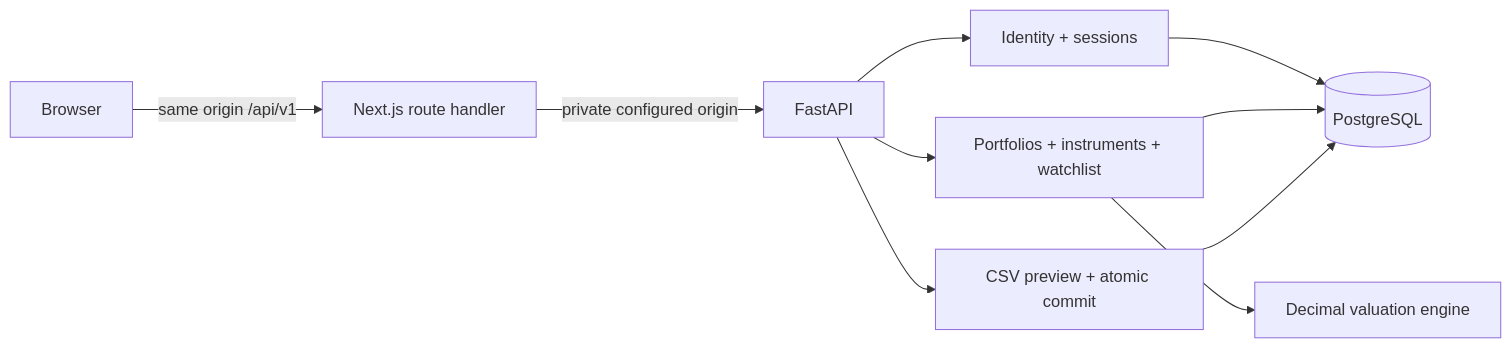
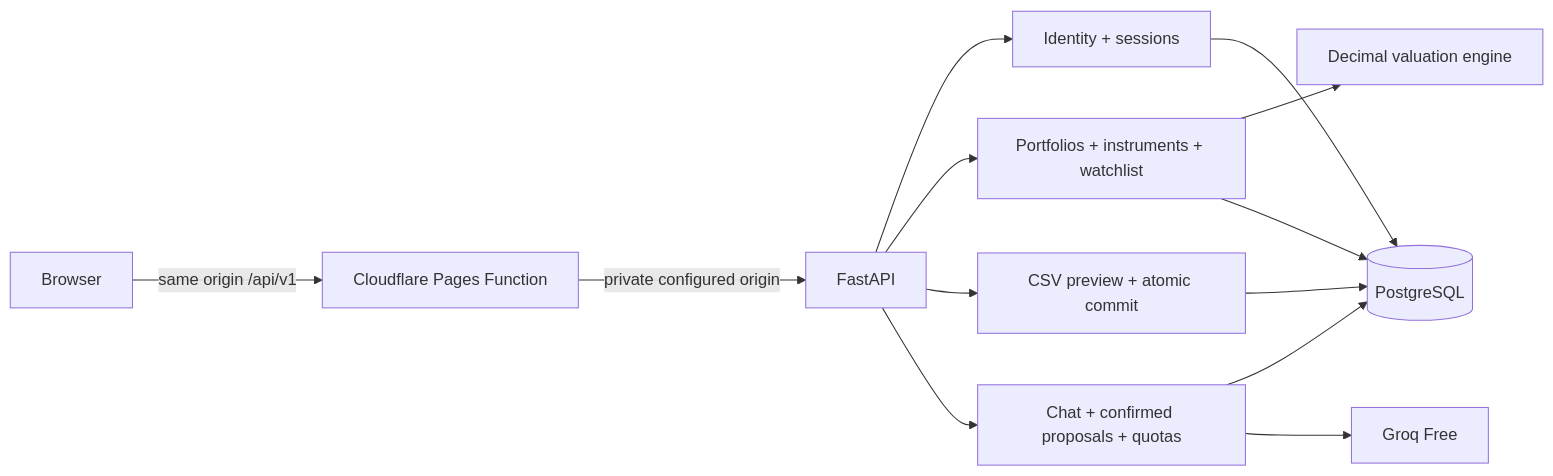
The diagram in docs/architecture.md (ericsocrat/Lokifi), drawn with Mermaid before and after one commit. The commit also changed other lines of this file and 5 other files, not shown here.

````diff
--- a/docs/architecture.md
+++ b/docs/architecture.md
@@ -5,12 +5,15 @@
 ```mermaid
 flowchart LR
- browser[Browser] -->|same origin /api/v1| web[Next.js route handler]
+ browser[Browser] -->|same origin /api/v1| web[Cloudflare Pages Function]
  web -->|private configured origin| api[FastAPI]
  api --> identity[Identity + sessions]
  api --> portfolios[Portfolios + instruments + watchlist]
  api --> imports[CSV preview + atomic commit]
  portfolios --> values[Decimal valuation engine]
  identity --> pg[(PostgreSQL)]
  portfolios --> pg
  imports --> pg
+ api --> chat[Chat + confirmed proposals + quotas]
+ chat --> pg
+ chat --> groq[Groq Free]
 ```
````
